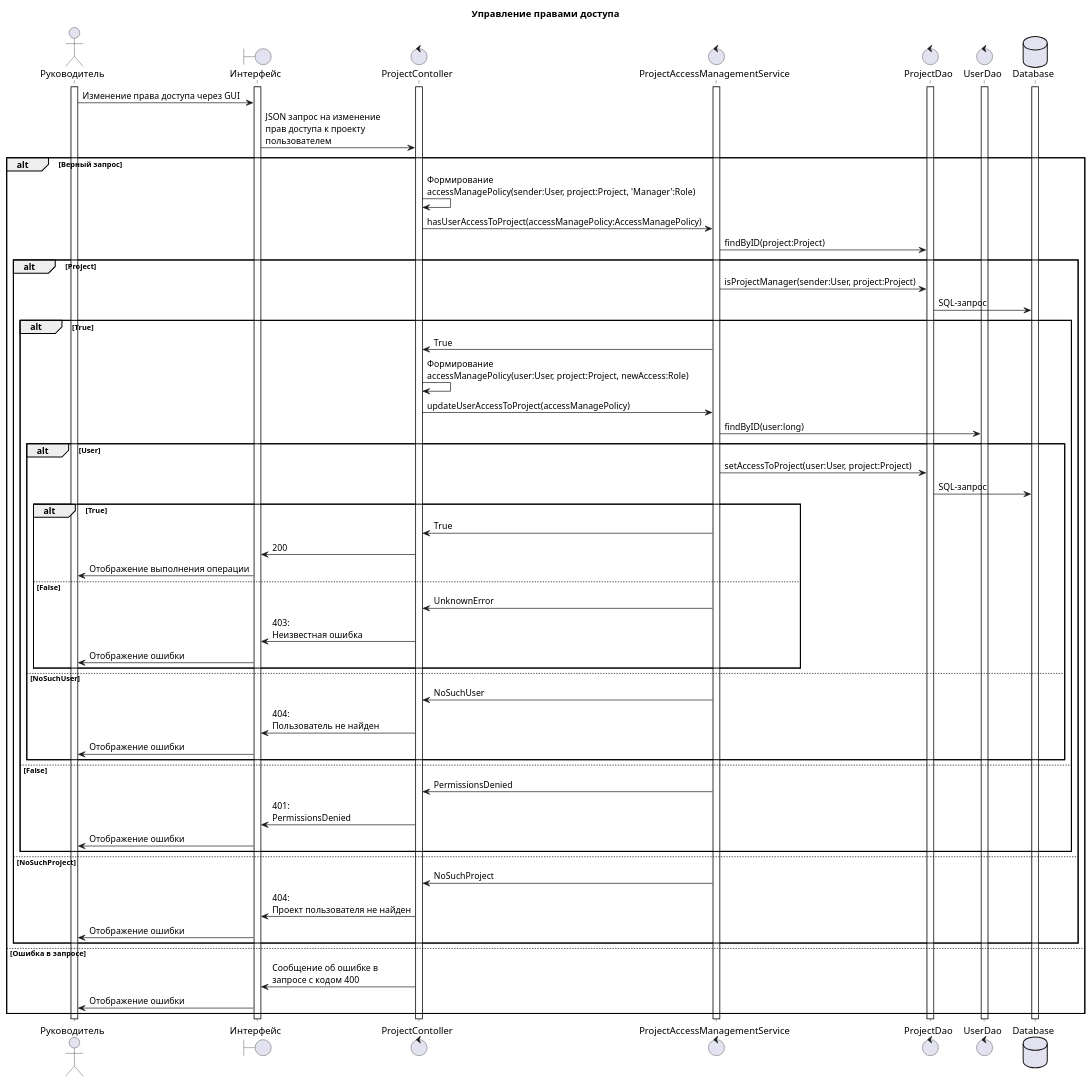
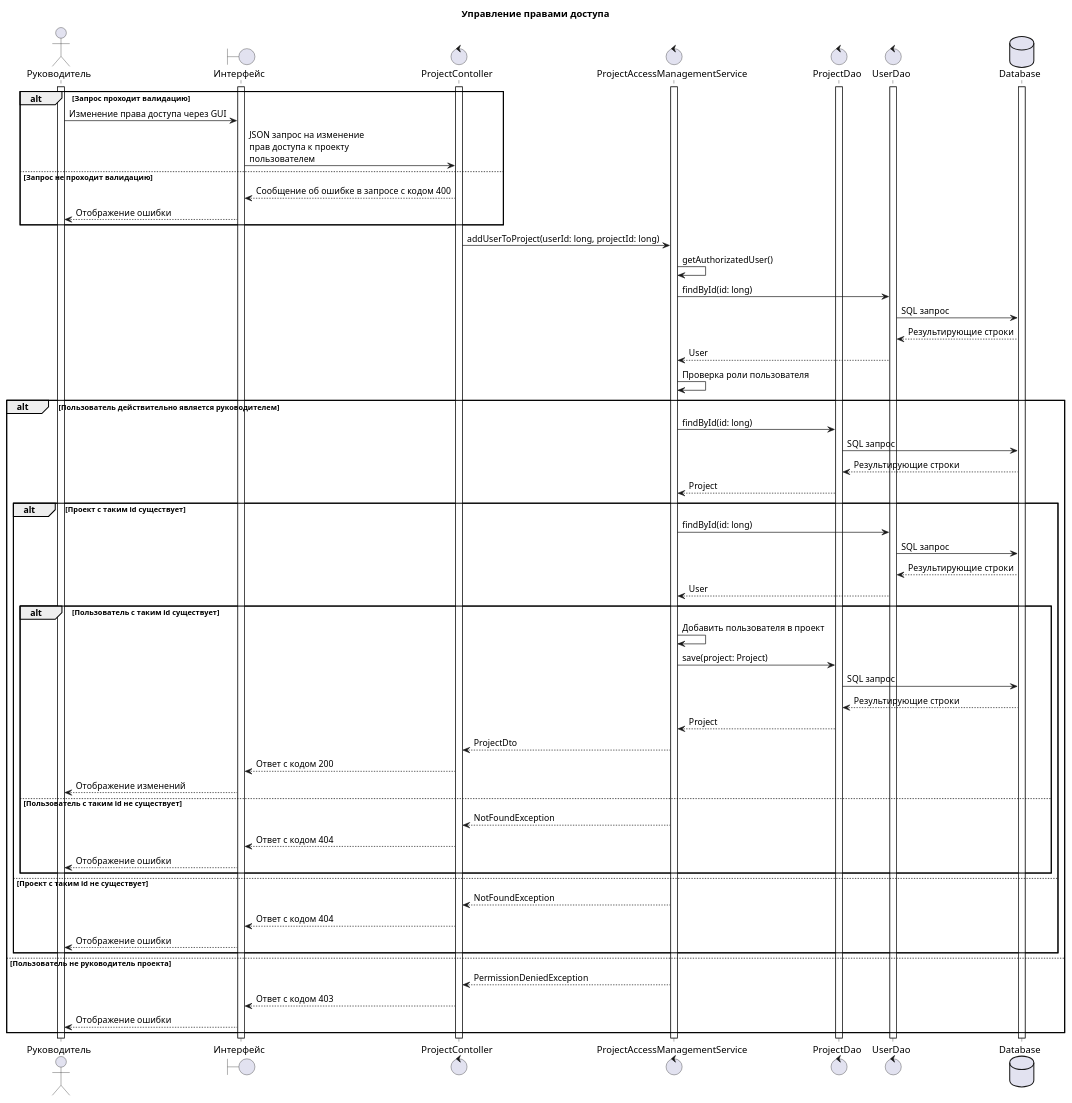
Before and after one commit to penamarth/bsbo-02-21_team_var7_erp: the diagram in UML diagrams/Sequence diagrams/manage-access-rights.wsd, drawn with PlantUML. The commit also changed 2 other files, not shown here.

Commit message:
class diagrams

```diff
--- a/UML diagrams/Sequence diagrams/manage-access-rights.wsd
+++ b/UML diagrams/Sequence diagrams/manage-access-rights.wsd
@@ -1,71 +1,70 @@
 @startuml sequence
 title Управление правами доступа
 
 actor Руководитель as user
 boundary "Интерфейс" as site
 control ProjectContoller as pcont
 control ProjectAccessManagementService as amserv
 control ProjectDao as pdao 
 control UserDao as udao
 database Database as db
 
 activate user
 activate site
 activate db
 activate pcont
 activate amserv
 activate pdao
 activate udao
 
-user -> site : Изменение права доступа через GUI
-site -> pcont : JSON запрос на изменение\nправ доступа к проекту\nпользователем
-
-
-alt Верный запрос
-    pcont -> pcont : Формирование\naccessManagePolicy(sender:User, project:Project, 'Manager':Role)
-    pcont -> amserv : hasUserAccessToProject(accessManagePolicy:AccessManagePolicy)
-    amserv -> pdao : findByID(project:Project)
-    alt Project
-        amserv -> pdao : isProjectManager(sender:User, project:Project)
-        pdao -> db : SQL-запрос
-        alt True
-            pcont <- amserv : True
-            pcont -> pcont : Формирование\naccessManagePolicy(user:User, project:Project, newAccess:Role)
-            pcont -> amserv: updateUserAccessToProject(accessManagePolicy)
-            amserv -> udao : findByID(user:long)
-            alt User
-                amserv -> pdao : setAccessToProject(user:User, project:Project)
-                pdao -> db : SQL-запрос
-                alt True
-                    pcont <- amserv : True
-                    site <- pcont : 200
-                    user <- site : Отображение выполнения операции
-                else False
-                    pcont <- amserv : UnknownError 
-                    site <- pcont : 403:\nНеизвестная ошибка
-                    user <- site : Отображение ошибки
-                end
-            else NoSuchUser
-                pcont <- amserv : NoSuchUser
-                site <- pcont : 404:\nПользователь не найден
-                user <- site : Отображение ошибки
-            end
-        
-        else False
-            pcont <- amserv : PermissionsDenied
-            site <- pcont : 401:\nPermissionsDenied
-            user <- site : Отображение ошибки
-        end
-    else NoSuchProject
-        pcont <- amserv : NoSuchProject
-        site <- pcont : 404:\nПроект пользователя не найден
-        user <- site : Отображение ошибки
-    end
-    
-else Ошибка в запросе
-    pcont -> site : Сообщение об ошибке в\nзапросе с кодом 400
-    user <- site : Отображение ошибки
+alt Запрос проходит валидацию
+    user -> site : Изменение права доступа через GUI
+    site -> pcont : JSON запрос на изменение\nправ доступа к проекту\nпользователем
+else Запрос не проходит валидацию
+    site <-- pcont : Сообщение об ошибке в запросе с кодом 400
+    user <-- site : Отображение ошибки
 end
 
+pcont -> amserv : addUserToProject(userId: long, projectId: long)
+amserv -> amserv : getAuthorizatedUser()
+amserv -> udao : findById(id: long)
+udao -> db : SQL запрос
+udao <-- db : Результирующие строки
+amserv <-- udao : User
+amserv -> amserv : Проверка роли пользователя
+alt Пользователь действительно является руководителем
+    amserv -> pdao : findById(id: long)
+    pdao -> db : SQL запрос
+    pdao <-- db : Результирующие строки
+    amserv <-- pdao : Project
+    alt Проект с таким id существует
+        amserv -> udao : findById(id: long)
+        udao -> db : SQL запрос
+        udao <-- db : Результирующие строки
+        amserv <-- udao : User
+        alt Пользователь с таким id существует
+            amserv -> amserv : Добавить пользователя в проект
+            amserv -> pdao : save(project: Project)
+            pdao -> db : SQL запрос
+            pdao <-- db : Результирующие строки
+            amserv <-- pdao : Project
+            pcont <-- amserv : ProjectDto
+            site <-- pcont : Ответ с кодом 200
+            user <-- site : Отображение изменений
+        else Пользователь с таким id не существует
+            pcont <-- amserv : NotFoundException
+            site <-- pcont : Ответ с кодом 404
+            user <-- site : Отображение ошибки
+        end
+    else Проект с таким id не существует
+        pcont <-- amserv : NotFoundException
+        site <-- pcont : Ответ с кодом 404
+        user <-- site : Отображение ошибки
+    end
+else Пользователь не руководитель проекта
+    pcont <-- amserv : PermissionDeniedException
+    site <-- pcont : Ответ с кодом 403
+    user <-- site : Отображение ошибки
+end
 
 @enduml
```
